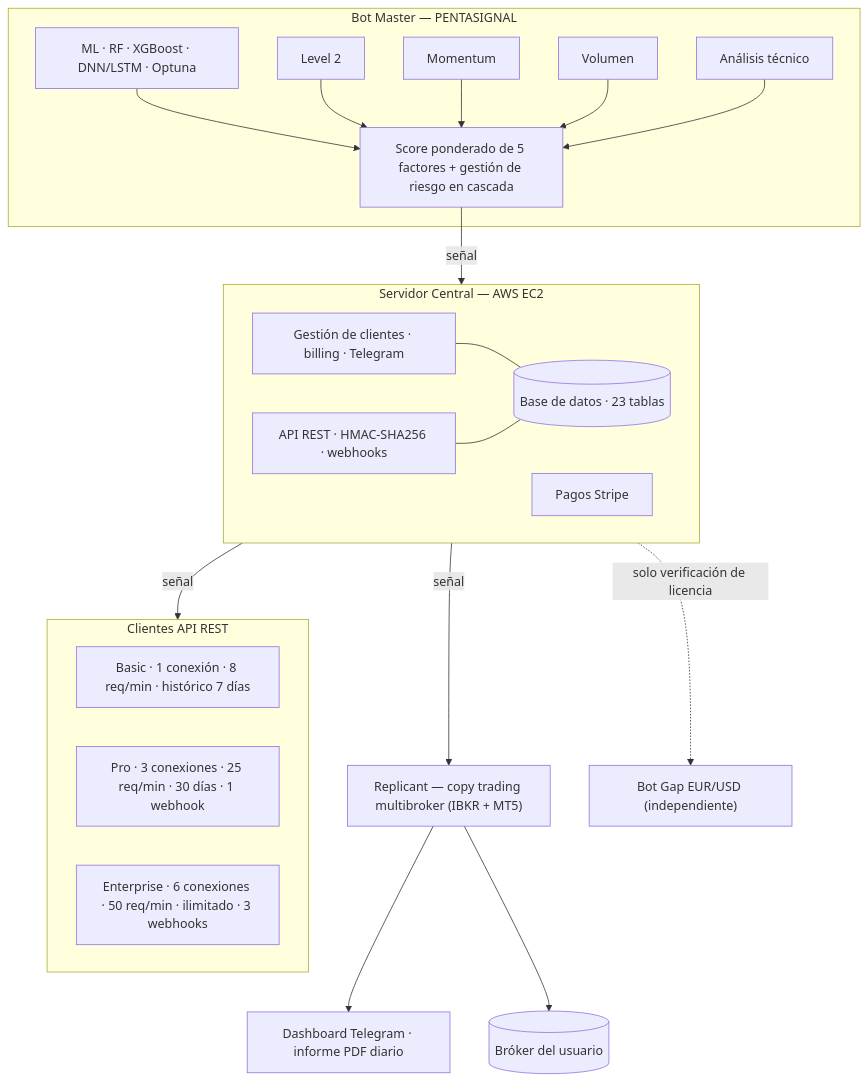
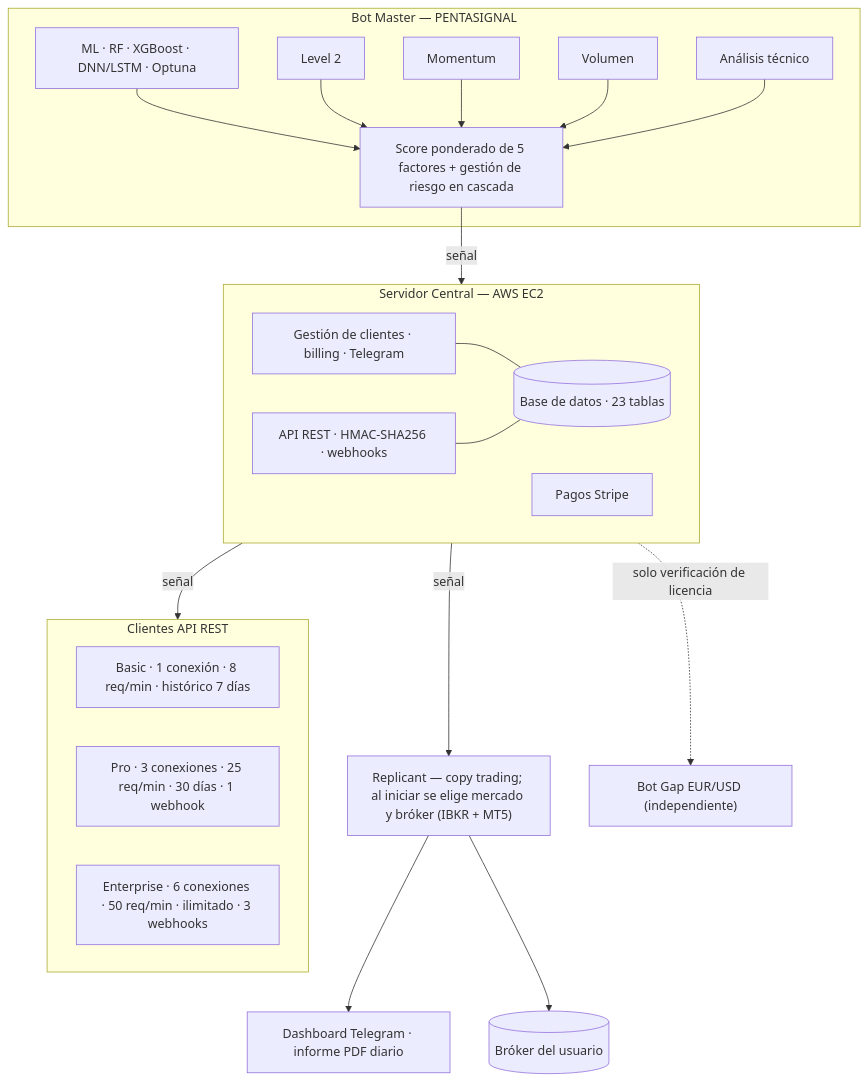
One commit to KingKlon/bender-showcase changed the diagram in README.md. Above: the diagram before and after it, drawn with Mermaid. The commit also changed other lines of this file, not shown here.

First line of the commit message:
Revise Replicant bot and API service descriptions

````diff
--- a/README.md
+++ b/README.md
@@ -31,39 +31,39 @@
 ```mermaid
 flowchart TD
     subgraph MASTER["Bot Master — PENTASIGNAL"]
         F1["ML · RF · XGBoost · DNN/LSTM · Optuna"]
         F2["Level 2"]
         F3["Momentum"]
         F4["Volumen"]
         F5["Análisis técnico"]
         SCORE["Score ponderado de 5 factores + gestión de riesgo en cascada"]
         F1 --> SCORE
         F2 --> SCORE
         F3 --> SCORE
         F4 --> SCORE
         F5 --> SCORE
     end
 
     SCORE -->|señal| AWS
 
     subgraph AWS["Servidor Central — AWS EC2"]
         APP["Gestión de clientes · billing · Telegram"]
         API["API REST · HMAC-SHA256 · webhooks"]
         DB[("Base de datos · 23 tablas")]
         STRIPE["Pagos Stripe"]
         APP --- DB
         API --- DB
     end
 
-    AWS -->|señal| REP["Replicant — copy trading multibroker (IBKR + MT5)"]
+    AWS -->|señal| REP["Replicant — copy trading; al iniciar se elige mercado y bróker (IBKR + MT5)"]
     REP --> TG["Dashboard Telegram · informe PDF diario"]
     REP --> BRK[("Bróker del usuario")]
     AWS -.->|solo verificación de licencia| GAP["Bot Gap EUR/USD (independiente)"]
 
     AWS -->|señal| APICLI
     subgraph APICLI["Clientes API REST"]
         API_B["Basic · 1 conexión · 8 req/min · histórico 7 días"]
         API_P["Pro · 3 conexiones · 25 req/min · 30 días · 1 webhook"]
         API_E["Enterprise · 6 conexiones · 50 req/min · ilimitado · 3 webhooks"]
     end
 ```
````
